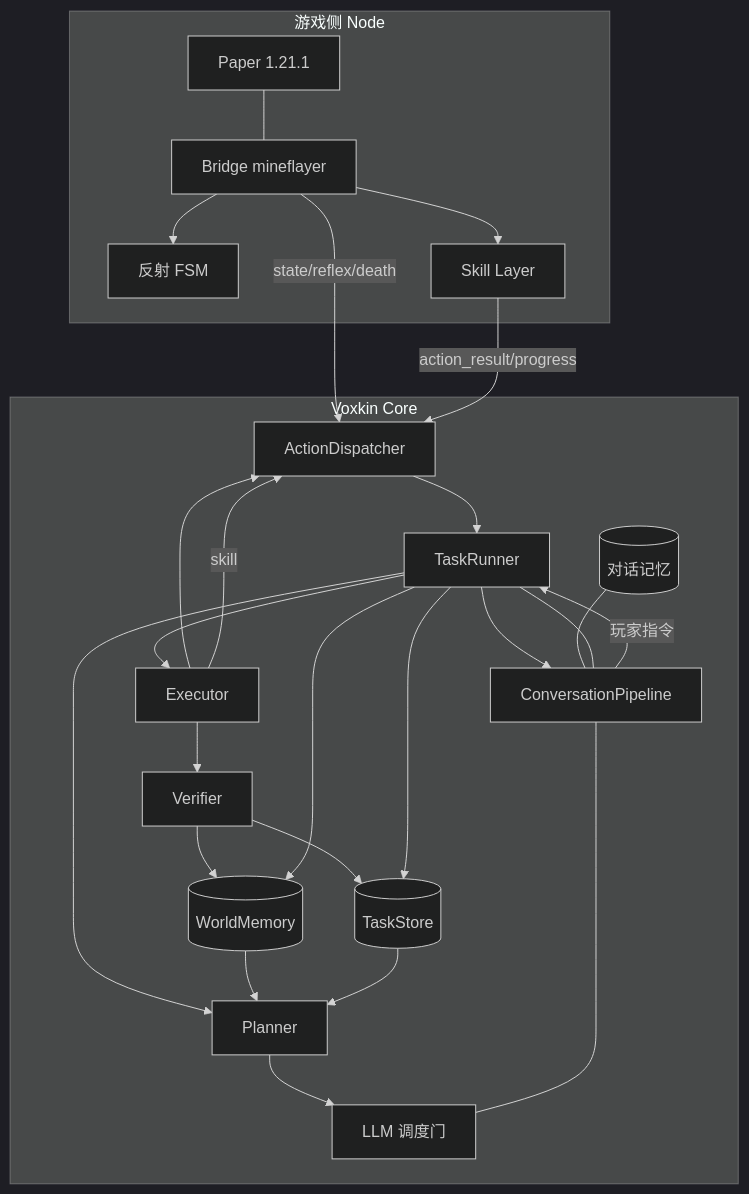
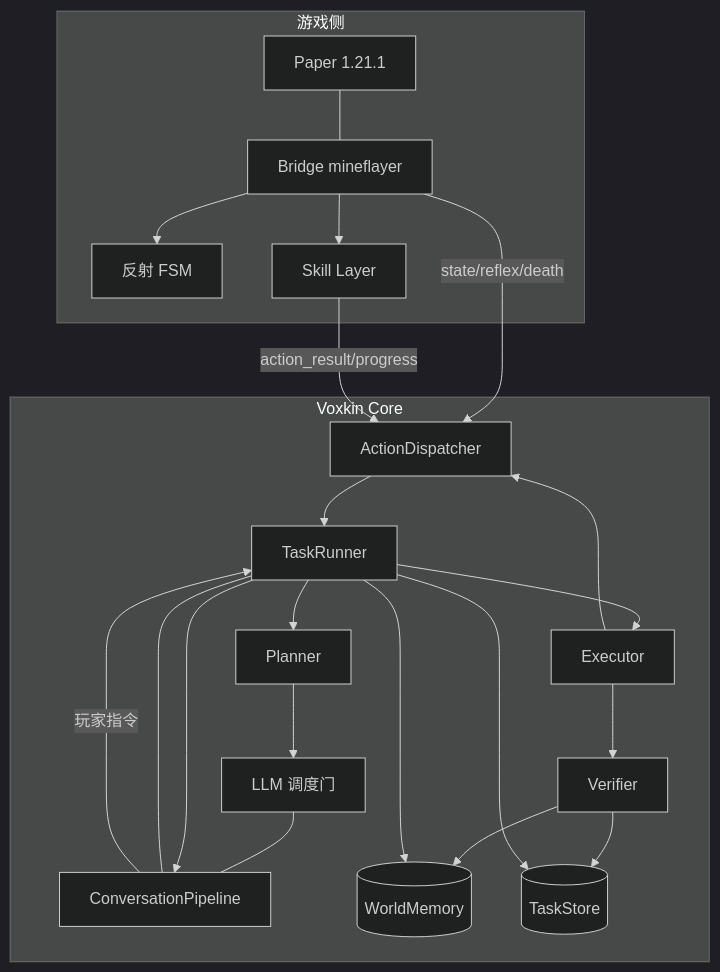
Before and after one commit to DeckDes233/Voxkin: the diagram in docs/plans/AUTONOMOUS_RUN_ARCHITECTURE.md, drawn with Mermaid (dark theme). The commit also changed other lines of this file and 1 other file, not shown here.

First line of the commit message:
docs: align the autonomy plan with the current bridge

````diff
--- a/docs/plans/AUTONOMOUS_RUN_ARCHITECTURE.md
+++ b/docs/plans/AUTONOMOUS_RUN_ARCHITECTURE.md
@@ -41,28 +38,22 @@
 ```mermaid
 graph TD
-  subgraph Game[游戏侧 Node]
+  subgraph Game[游戏侧]
     MC[Paper 1.21.1] --- BR[Bridge mineflayer]
     BR --> BF[反射 FSM]
     BR --> SK[Skill Layer]
   end
   subgraph Core[Voxkin Core]
-    PIPE[ConversationPipeline] --- RUN[TaskRunner]
-    RUN --> PLAN[Planner] --> GATE[LLM 调度门]
-    PIPE --- GATE
-    RUN --> EXE[Executor] --> DISP[ActionDispatcher]
-    EXE --> VER[Verifier]
-    VER --> WM[(WorldMemory)]
-    VER --> TS[(TaskStore)]
-    RUN --> WM
-    RUN --> TS
-    RUN --> PIPE
-    WM --> PLAN
-    TS --> PLAN
-    MEM[(对话记忆)] --- PIPE
+  PIPE[ConversationPipeline] --- RUN[TaskRunner]
+  RUN --> PLAN[Planner] --> GATE[LLM 调度门] --- PIPE
+  RUN --> EXE[Executor] --> DISP[ActionDispatcher]
+  EXE --> VER[Verifier] --> WM[(WorldMemory)]
+  VER --> TS[(TaskStore)]
+  RUN --> WM
+  RUN --> TS
+  RUN --> PIPE
   end
   BR -- state/reflex/death --> DISP
   SK -- action_result/progress --> DISP
   DISP --> RUN
-  EXE -- skill --> DISP
   PIPE -- 玩家指令 --> RUN
 ```
````
